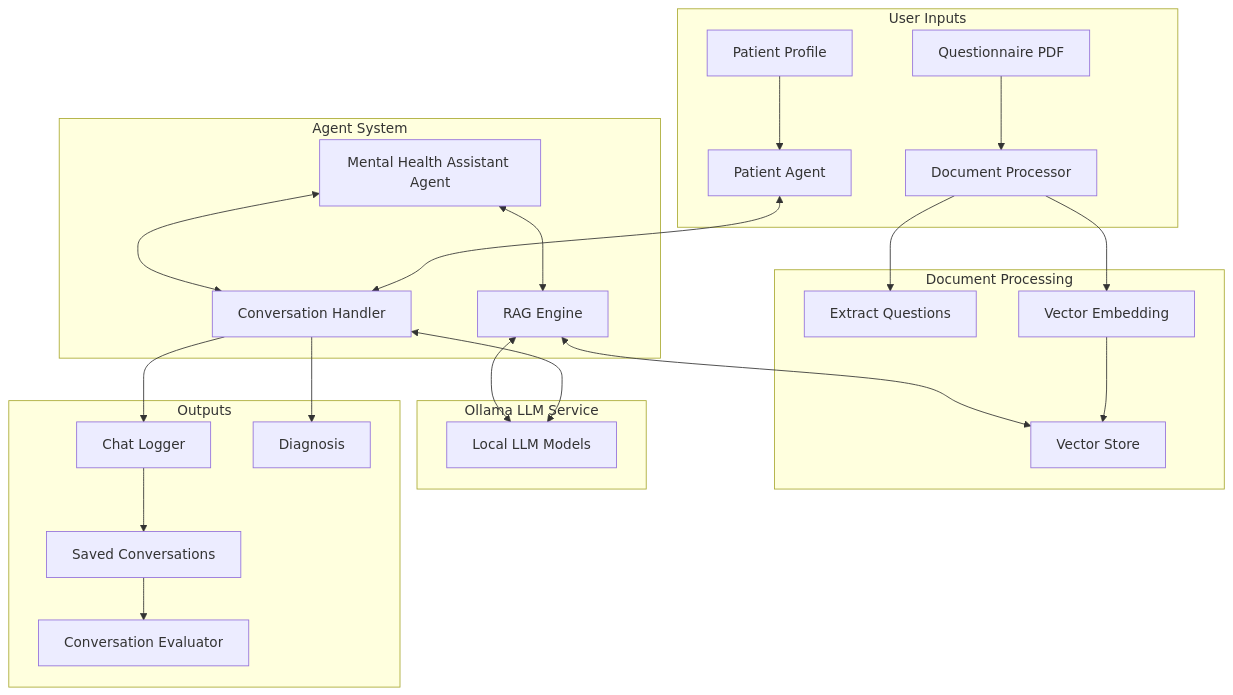
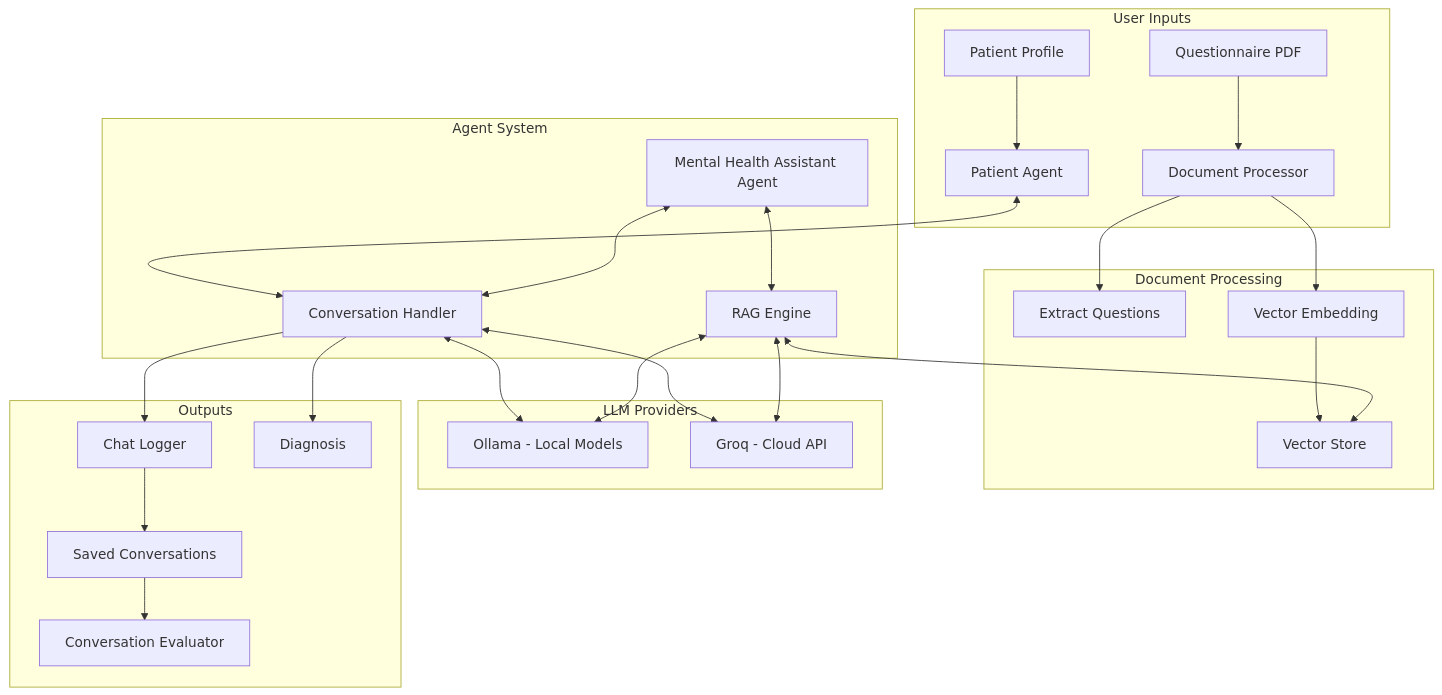
Before and after one commit to mithatco/mental_health_multiagent: the diagram in README.md, drawn with Mermaid. The commit also changed other lines of this file and 15 other files, not shown here.

First line of the commit message:
Implement support for multiple LLM providers and enhance conversation handling

````diff
--- a/README.md
+++ b/README.md
@@ -38,32 +42,34 @@
 ```mermaid
 graph TD
     subgraph "User Inputs"
         A[Questionnaire PDF] --> D
         B[Patient Profile] --> E
     end
 
     subgraph "Document Processing"
         D[Document Processor] --> D1[Extract Questions]
         D[Document Processor] --> D2[Vector Embedding]
         D2 --> V[Vector Store]
     end
 
     subgraph "Agent System"
         E[Patient Agent] <--> F[Conversation Handler]
         G[Mental Health Assistant Agent] <--> F
         G <--> R[RAG Engine]
         R <--> V
     end
 
-    subgraph "Ollama LLM Service"
-        F <--> O[Local LLM Models]
+    subgraph "LLM Providers"
+        F <--> O[Ollama - Local Models]
+        F <--> GR[Groq - Cloud API]
         R <--> O
+        R <--> GR
     end
 
     subgraph "Outputs"
         F --> L[Chat Logger]
         F --> I[Diagnosis]
         L --> S[Saved Conversations]
         S --> EV[Conversation Evaluator]
     end
 ```
````
